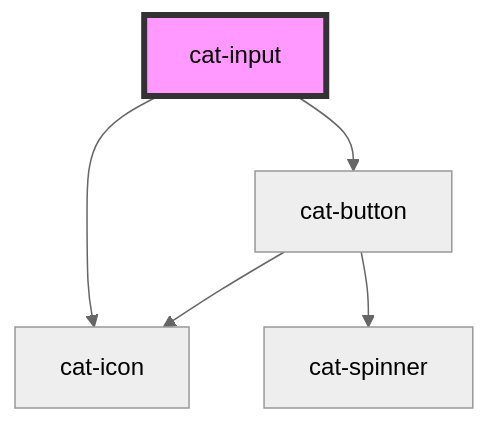
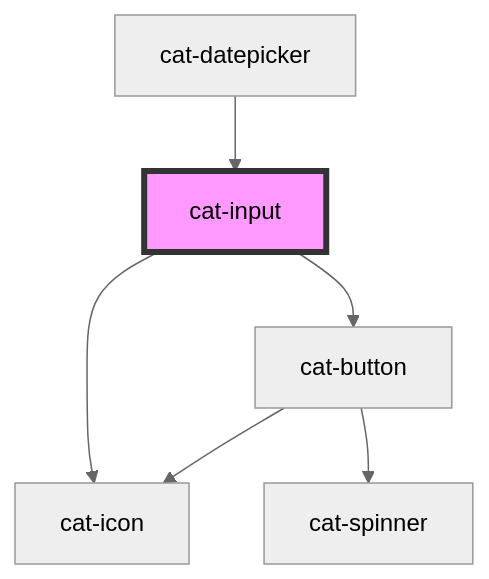
One commit to haiilo/catalyst changed the diagram in core/src/components/cat-input/readme.md. Above: the diagram before and after it, drawn with Mermaid (neutral theme). The commit also changed other lines of this file and 12 other files, not shown here.

Commit message:
feat(core): cat-datepicker v2

````diff
--- a/core/src/components/cat-input/readme.md
+++ b/core/src/components/cat-input/readme.md
@@ -126,8 +130,9 @@
 ```mermaid
 graph TD;
   cat-input --> cat-icon
   cat-input --> cat-button
   cat-button --> cat-icon
   cat-button --> cat-spinner
+  cat-datepicker --> cat-input
   style cat-input fill:#f9f,stroke:#333,stroke-width:4px
 ```
````
